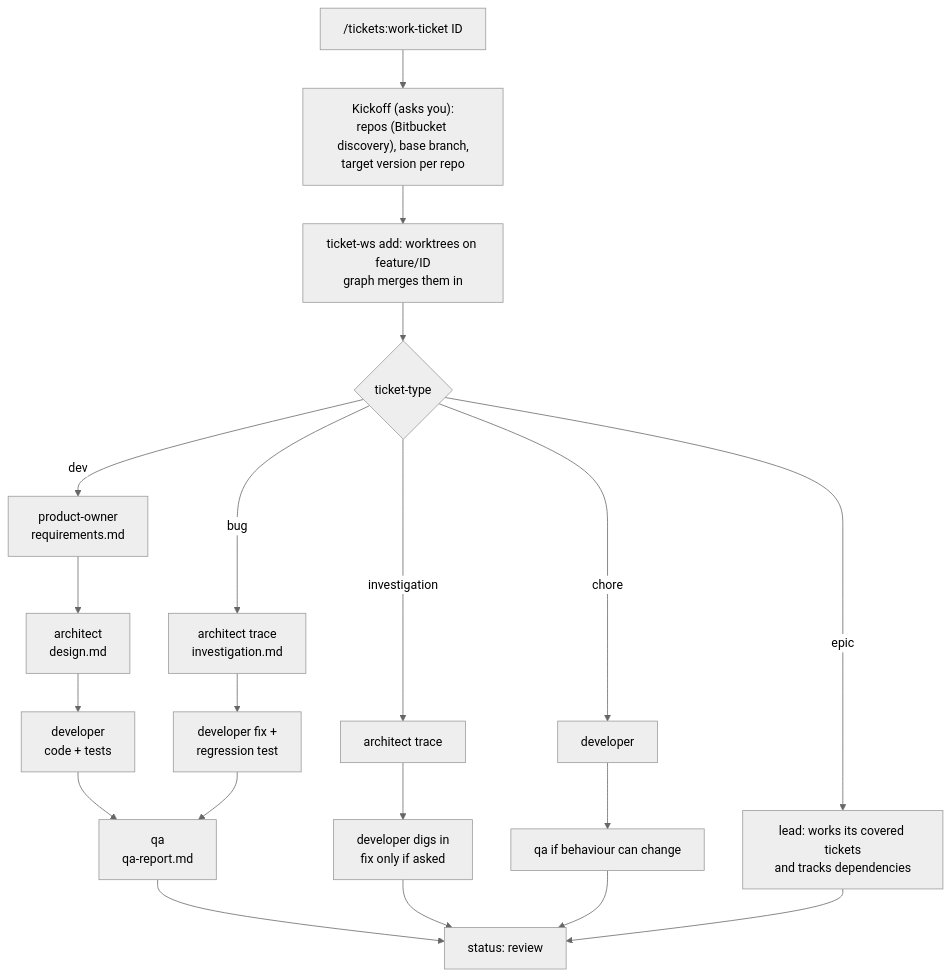
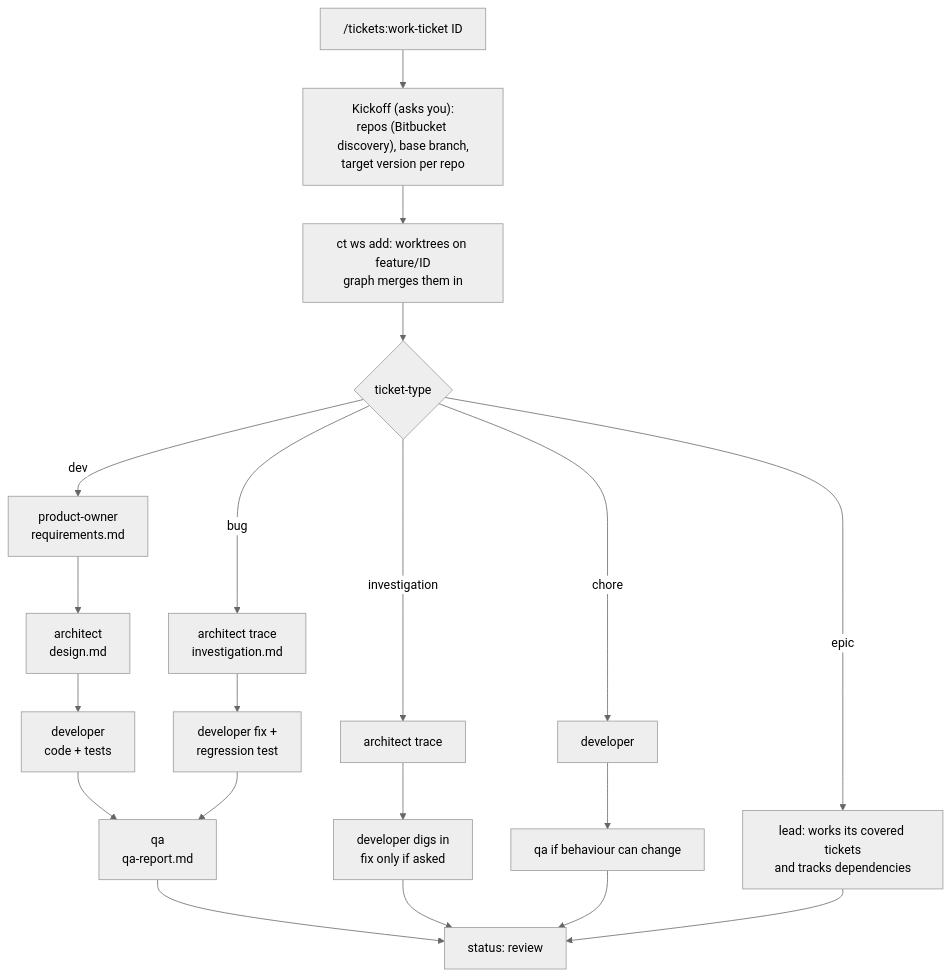
Before and after one commit to zero4573/claude-tickets: the third of 6 diagrams in README.md, drawn with Mermaid (neutral theme). The commit also changed other lines of this file and 57 other files, not shown here.

````diff
--- a/README.md
+++ b/README.md
@@ -283,15 +300,15 @@
 ```mermaid
 flowchart TB
   start["/tickets:work-ticket ID"] --> kickoff["Kickoff (asks you):<br/>repos (Bitbucket discovery), base branch,<br/>target version per repo"]
-  kickoff --> ws["ticket-ws add: worktrees on feature/ID<br/>graph merges them in"]
+  kickoff --> ws["ct ws add: worktrees on feature/ID<br/>graph merges them in"]
   ws --> type{ticket-type}
   type -- dev --> po[product-owner<br/>requirements.md] --> arch[architect<br/>design.md] --> dev[developer<br/>code + tests] --> qa[qa<br/>qa-report.md]
   type -- bug --> archb[architect trace<br/>investigation.md] --> devb[developer fix +<br/>regression test] --> qa
   type -- investigation --> archi[architect trace] --> devi[developer digs in<br/>fix only if asked]
   type -- chore --> devc[developer] --> qac[qa if behaviour can change]
   type -- epic --> lead[lead: works its covered tickets<br/>and tracks dependencies]
   qa --> review[status: review]
   devi --> review
   qac --> review
   lead --> review
 ```
````
